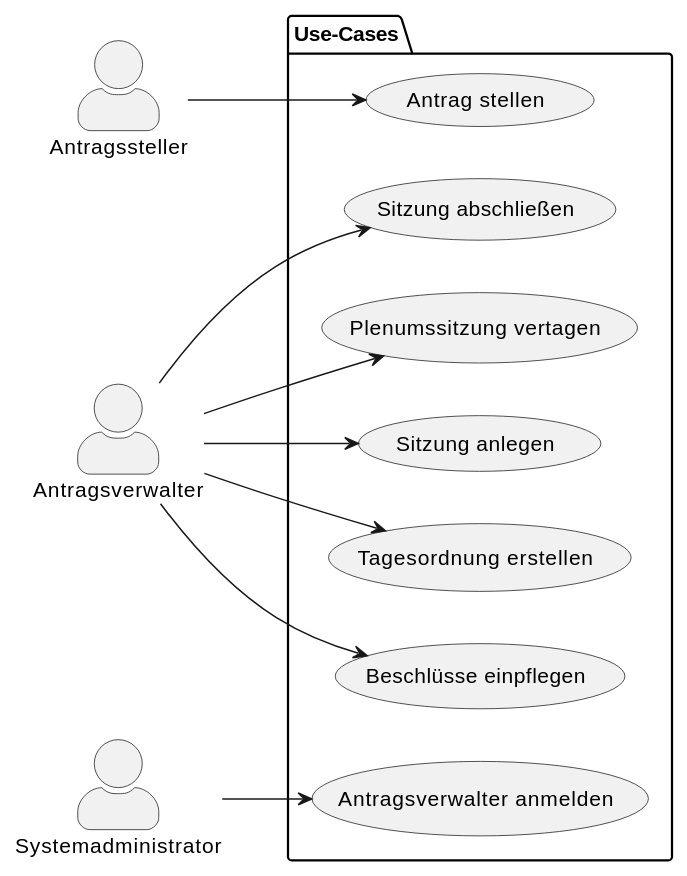
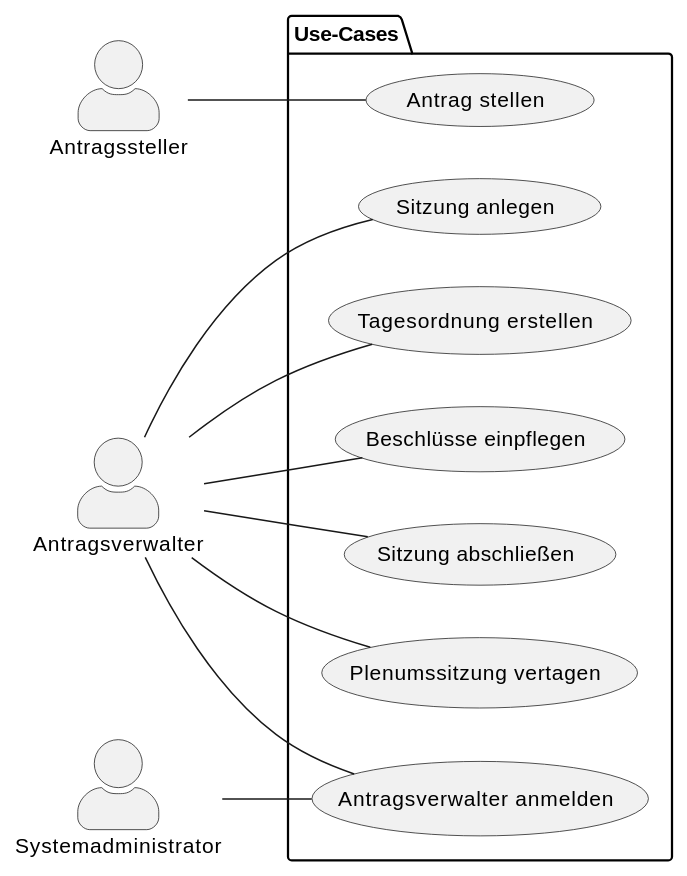
Before and after one commit to ABV-Tool/ABV_Tool: the diagram in docs_SE_II/Aktualisierte Anforderungsspezifikation/use-case_model.adoc, drawn with PlantUML. The commit also changed 1 other file, not shown here.

Commit message:
Use Case Diagramm angepasst + Formulierung UC1

```diff
--- a/docs_SE_II/Aktualisierte Anforderungsspezifikation/use-case_model.adoc
+++ b/docs_SE_II/Aktualisierte Anforderungsspezifikation/use-case_model.adoc
@@ -43,31 +43,33 @@
 [plantuml, "{diagramsdir}/use-case-diagramm", svg]
 ....
 @startuml
 left to right direction
 skinparam actorStyle awesome
 actor Antragssteller as AS
 actor Antragsverwalter as AV
 actor Systemadministrator as SA
 
 
 package Use-Cases {
     usecase "Antrag stellen" as UC1
-    usecase "Antragsverwalter anmelden" as UC5
     usecase "Sitzung anlegen" as UC7
     usecase "Tagesordnung erstellen" as UC2
     usecase "Beschlüsse einpflegen" as UC6
     usecase "Sitzung abschließen" as UC3
     usecase "Plenumssitzung vertagen" as UC4
+    usecase "Antragsverwalter anmelden" as UC5
     
     
 }
-AS --> UC1
-AV --> UC7
-AV --> UC2
-AV --> UC6
-AV --> UC3
-AV --> UC4
-SA --> UC5
+
+AS -- UC1
+AV -- UC7
+AV -- UC2
+AV -- UC6
+AV -- UC3
+AV -- UC4
+AV -- UC5
+SA -- UC5
 
 @enduml
 ....
```
